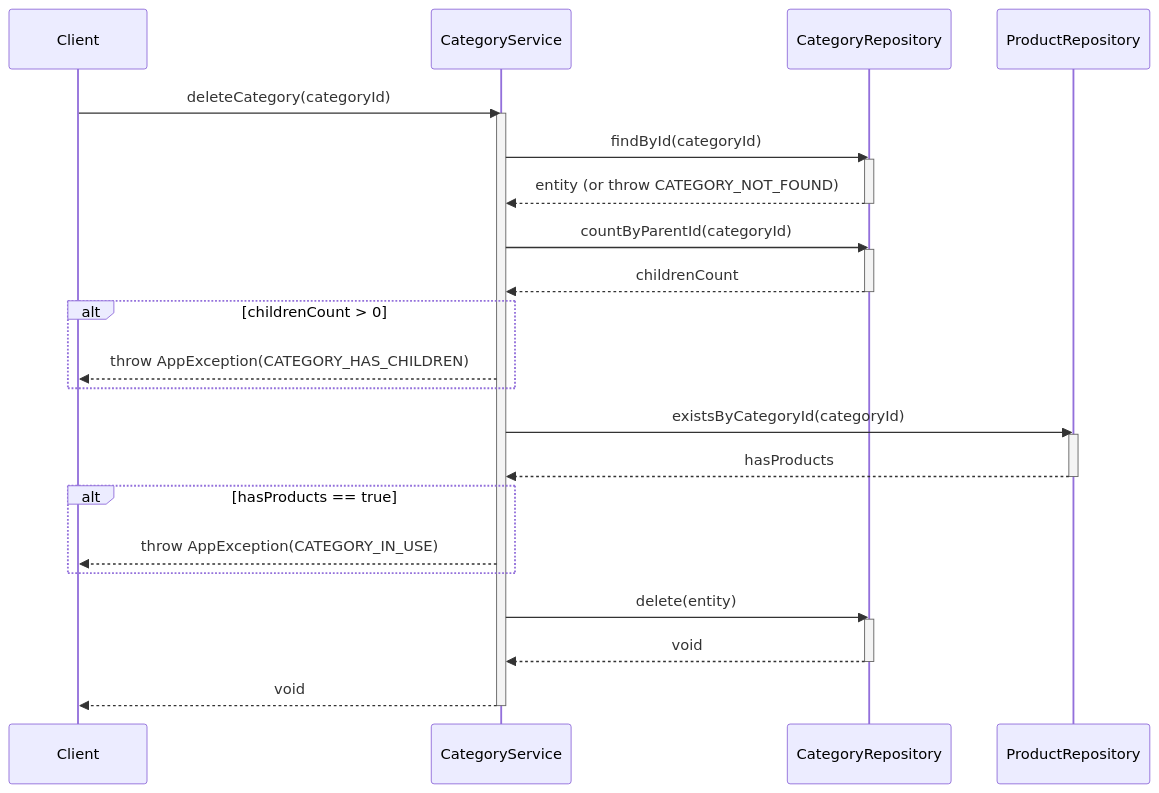
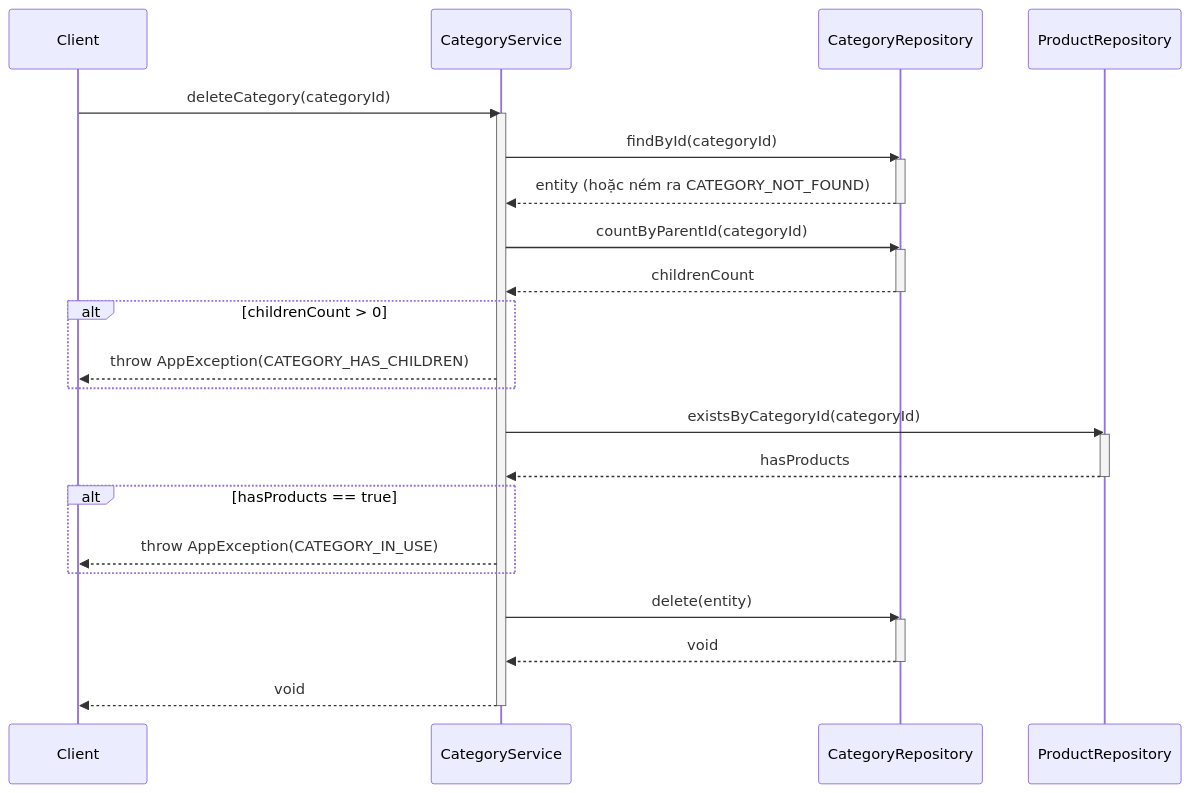
One commit to aquoc09/easymall changed the fourth of 4 diagrams in .agent/sequence/category_service_sequence_diagrams.md. Above: the diagram before and after it, drawn with Mermaid. The commit also changed other lines of this file and 18 other files, not shown here.

Commit message:
UPDATE: Sequence diagram vietnamese

````diff
--- a/.agent/sequence/category_service_sequence_diagrams.md
+++ b/.agent/sequence/category_service_sequence_diagrams.md
@@ -155,41 +155,41 @@
 ```mermaid
 sequenceDiagram
     participant Client
     participant CategoryService
     participant CategoryRepository
     participant ProductRepository
 
     Client->>CategoryService: deleteCategory(categoryId)
     activate CategoryService
 
     CategoryService->>CategoryRepository: findById(categoryId)
     activate CategoryRepository
-    CategoryRepository-->>CategoryService: entity (or throw CATEGORY_NOT_FOUND)
+    CategoryRepository-->>CategoryService: entity (hoặc ném ra CATEGORY_NOT_FOUND)
     deactivate CategoryRepository
 
     CategoryService->>CategoryRepository: countByParentId(categoryId)
     activate CategoryRepository
     CategoryRepository-->>CategoryService: childrenCount
     deactivate CategoryRepository
     
     alt childrenCount > 0
         CategoryService-->>Client: throw AppException(CATEGORY_HAS_CHILDREN)
     end
 
     CategoryService->>ProductRepository: existsByCategoryId(categoryId)
     activate ProductRepository
     ProductRepository-->>CategoryService: hasProducts
     deactivate ProductRepository
     
     alt hasProducts == true
         CategoryService-->>Client: throw AppException(CATEGORY_IN_USE)
     end
 
     CategoryService->>CategoryRepository: delete(entity)
     activate CategoryRepository
     CategoryRepository-->>CategoryService: void
     deactivate CategoryRepository
 
     CategoryService-->>Client: void
     deactivate CategoryService
 ```
````
